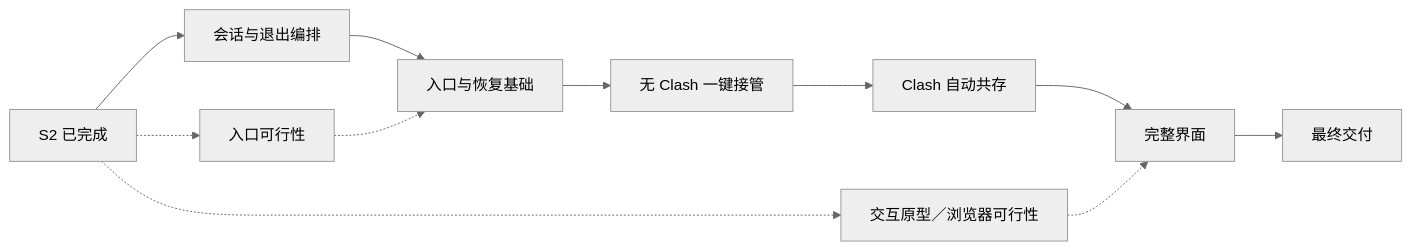
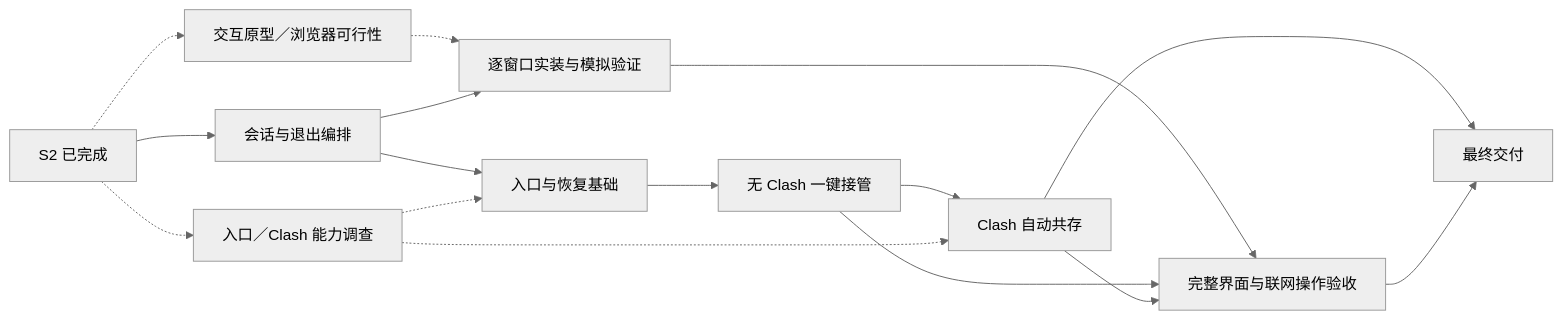
One commit to wtalioy/JustConnect changed the diagram in plan.md. Above: the diagram before and after it, drawn with Mermaid (neutral theme). The commit also changed other lines of this file, not shown here.

````diff
--- a/plan.md
+++ b/plan.md
@@ -55,9 +57,14 @@
 ```mermaid
 flowchart LR
     Base["S2 已完成"] --> Session["会话与退出编排"] --> Safety["入口与恢复基础"]
-    Safety --> Access["无 Clash 一键接管"] --> Clash["Clash 自动共存"] --> UI["完整界面"] --> Delivery["最终交付"]
-    Base -.-> Probe["入口可行性"]
+    Safety --> Access["无 Clash 一键接管"] --> Clash["Clash 自动共存"] --> Delivery["最终交付"]
+    Base -.-> Probe["入口／Clash 能力调查"]
     Probe -.-> Safety
+    Probe -.-> Clash
     Base -.-> Design["交互原型／浏览器可行性"]
-    Design -.-> UI
+    Design -.-> UI["逐窗口实装与模拟验证"]
+    Session --> UI
+    UI --> Integration["完整界面与联网操作验收"] --> Delivery
+    Access --> Integration
+    Clash --> Integration
 ```
````
